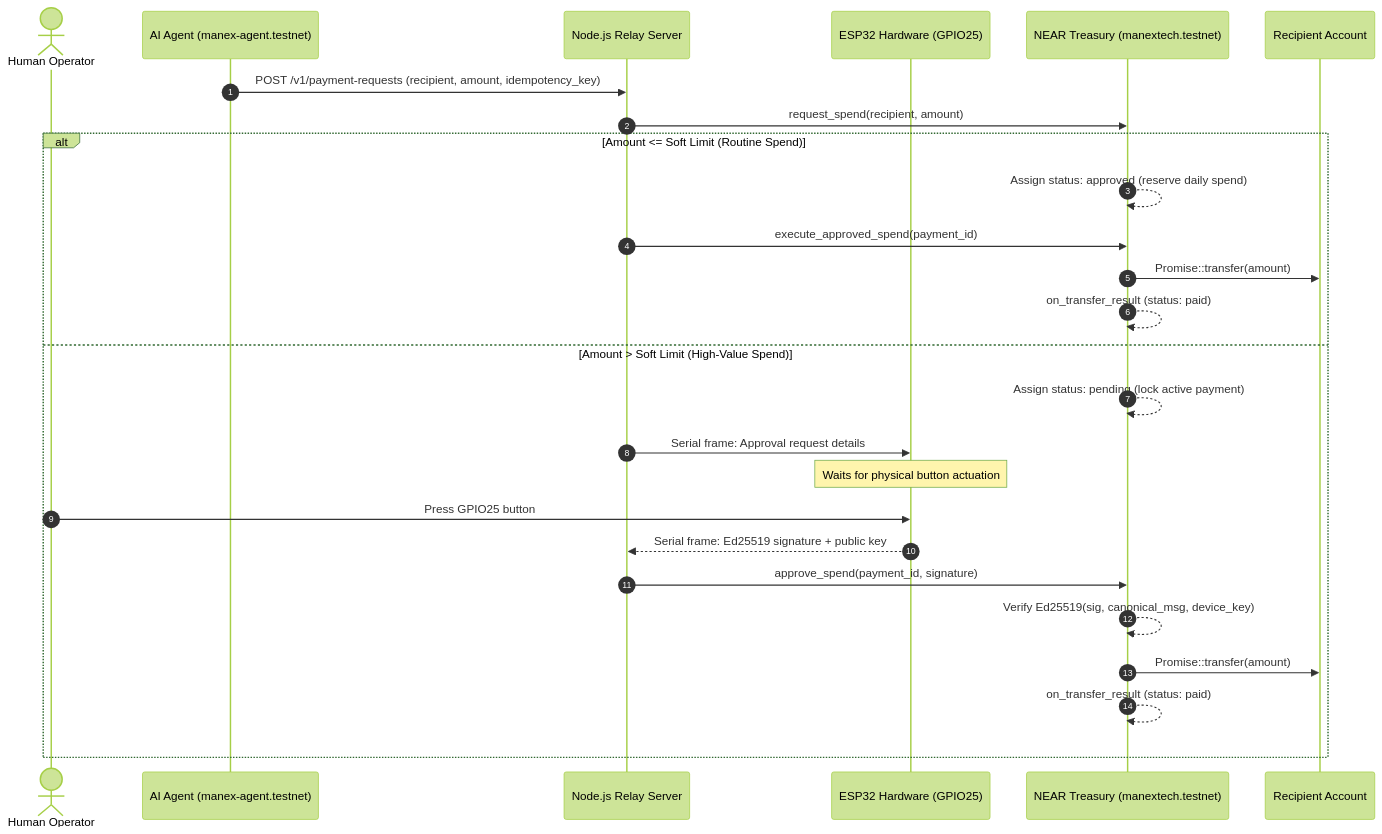
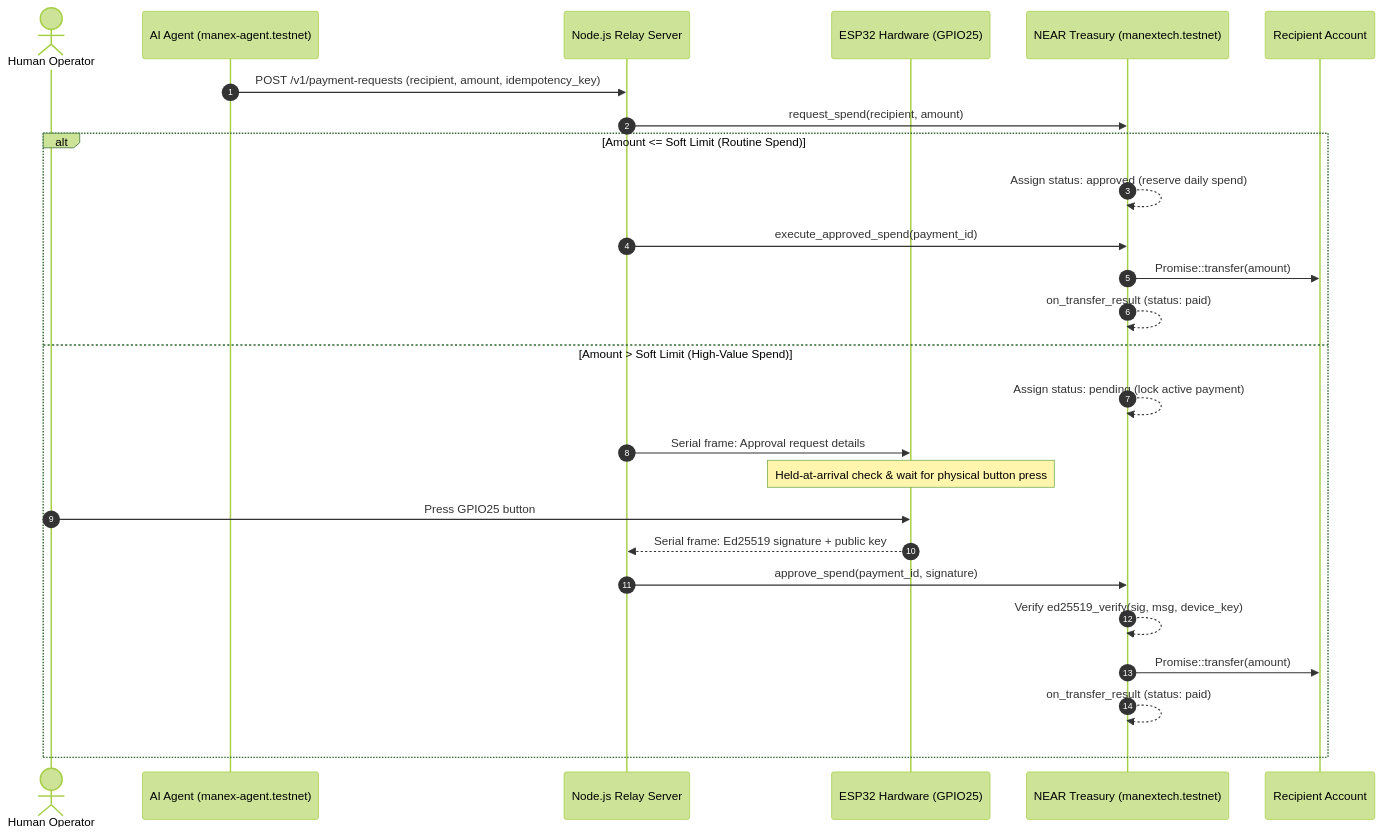
Before and after one commit to manex-tech/tapproved: the diagram in README.md, drawn with Mermaid (forest theme). The commit also changed other lines of this file and 2 other files, not shown here.

Commit message:
docs: enrich README and hackathon specs with NEAR architectural role and judge runbook

````diff
--- a/README.md
+++ b/README.md
@@ -53,30 +65,30 @@
 ```mermaid
 sequenceDiagram
     autonumber
     actor User as Human Operator
     participant Agent as AI Agent (manex-agent.testnet)
     participant Relay as Node.js Relay Server
     participant ESP32 as ESP32 Hardware (GPIO25)
     participant Contract as NEAR Treasury (manextech.testnet)
     participant Recipient as Recipient Account
 
     Agent->>Relay: POST /v1/payment-requests (recipient, amount, idempotency_key)
     Relay->>Contract: request_spend(recipient, amount)
 
     alt Amount <= Soft Limit (Routine Spend)
         Contract-->>Contract: Assign status: approved (reserve daily spend)
         Relay->>Contract: execute_approved_spend(payment_id)
         Contract->>Recipient: Promise::transfer(amount)
         Contract-->>Contract: on_transfer_result (status: paid)
     else Amount > Soft Limit (High-Value Spend)
         Contract-->>Contract: Assign status: pending (lock active payment)
         Relay->>ESP32: Serial frame: Approval request details
-        Note over ESP32: Waits for physical button actuation
+        Note over ESP32: Held-at-arrival check & wait for physical button press
         User->>ESP32: Press GPIO25 button
         ESP32-->>Relay: Serial frame: Ed25519 signature + public key
         Relay->>Contract: approve_spend(payment_id, signature)
-        Contract-->>Contract: Verify Ed25519(sig, canonical_msg, device_key)
+        Contract-->>Contract: Verify ed25519_verify(sig, msg, device_key)
         Contract->>Recipient: Promise::transfer(amount)
         Contract-->>Contract: on_transfer_result (status: paid)
     end
 ```
````
